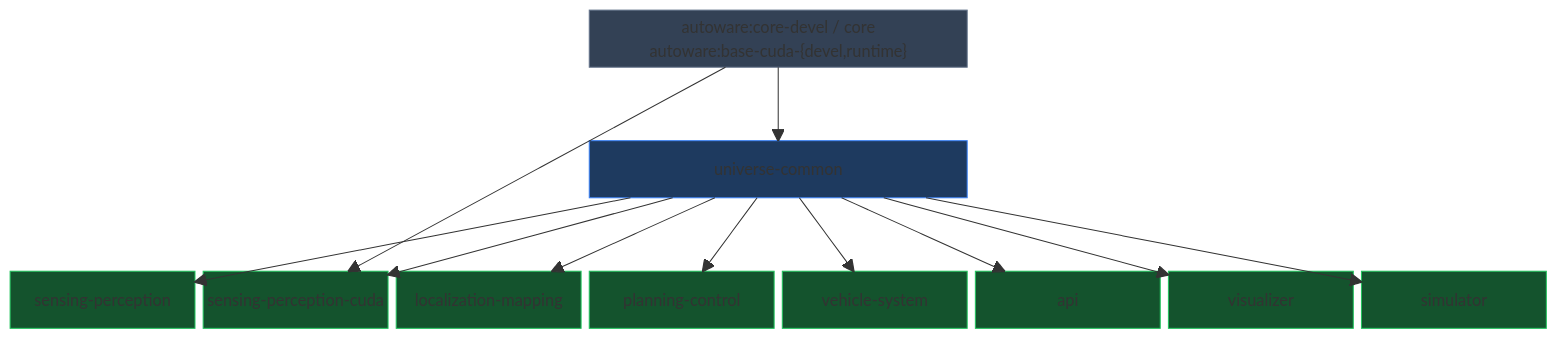
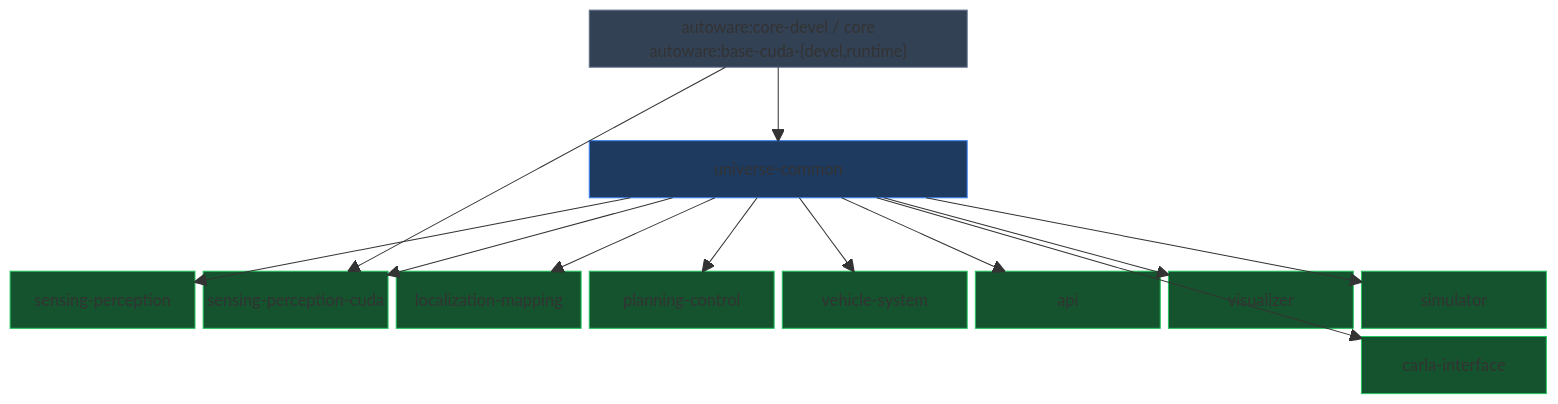
One commit to autowarefoundation/openadkit changed the diagram in components/README.md. Above: the diagram before and after it, drawn with Mermaid. The commit also changed other lines of this file and 20 other files, not shown here.

````diff
--- a/components/README.md
+++ b/components/README.md
@@ -12,36 +12,39 @@
 ```mermaid
 block-beta
     columns 8
 
     space:3 UP["autoware:core-devel / core<br/>autoware:base-cuda-{devel,runtime}"]:2 space:3
 
     space:8
 
     space:3 UC["universe-common"]:2 space:3
 
     space:8
 
     SP["sensing-perception"] SPC["sensing-perception-cuda"] LM["localization-mapping"] PC["planning-control"] VS["vehicle-system"] API["api"] VIZ["visualizer"] SIM["simulator"]
+    space:7 CARLA["carla-interface"]
 
     UP --> UC
     UC --> SP
     UC --> LM
     UC --> PC
     UC --> VS
     UC --> API
     UC --> VIZ
     UC --> SIM
+    UC --> CARLA
     UP --> SPC
     UC --> SPC
 
     style UP fill:#334155,stroke:#64748b,color:#e2e8f0
     style UC fill:#1e3a5f,stroke:#3b82f6,color:#bfdbfe
     style SP fill:#14532d,stroke:#22c55e,color:#bbf7d0
     style SPC fill:#14532d,stroke:#22c55e,color:#bbf7d0
     style LM fill:#14532d,stroke:#22c55e,color:#bbf7d0
     style PC fill:#14532d,stroke:#22c55e,color:#bbf7d0
     style VS fill:#14532d,stroke:#22c55e,color:#bbf7d0
     style API fill:#14532d,stroke:#22c55e,color:#bbf7d0
     style VIZ fill:#14532d,stroke:#22c55e,color:#bbf7d0
     style SIM fill:#14532d,stroke:#22c55e,color:#bbf7d0
+    style CARLA fill:#14532d,stroke:#22c55e,color:#bbf7d0
 ```
````
